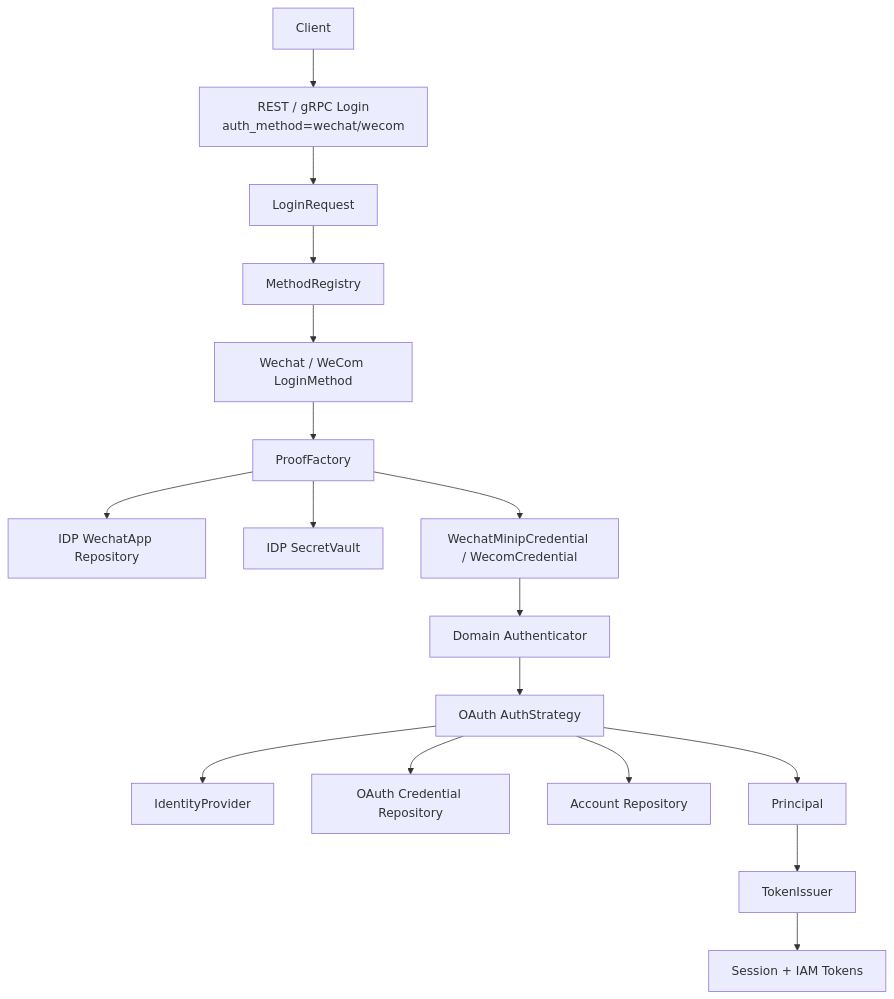
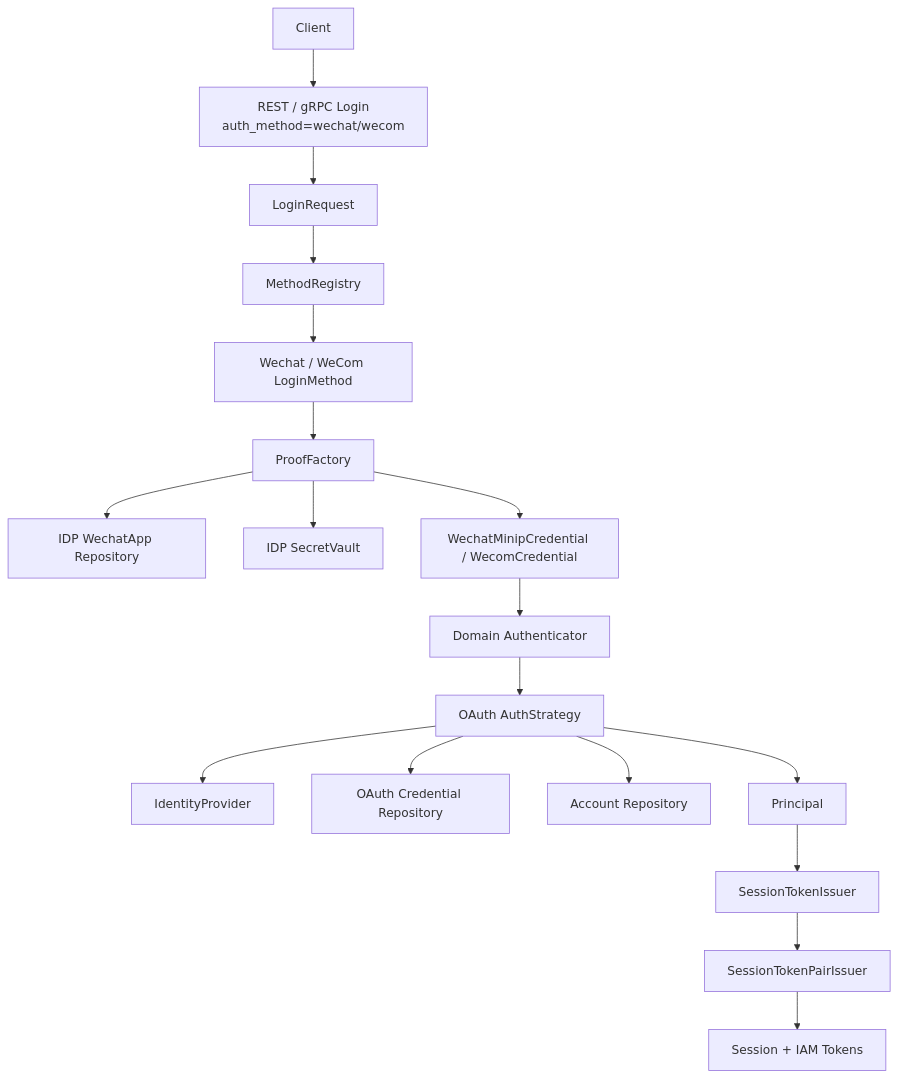
The first of 5 diagrams in docs/02-认证AuthN/04-第三方登录与IDP协作.md (FangcunMount/iam), drawn with Mermaid before and after one commit. The commit also changed other lines of this file and 18 other files, not shown here.

````diff
--- a/docs/02-认证AuthN/04-第三方登录与IDP协作.md
+++ b/docs/02-认证AuthN/04-第三方登录与IDP协作.md
@@ -85,31 +86,32 @@
 ```mermaid
 flowchart TD
     Client["Client"]
     Login["REST / gRPC Login<br/>auth_method=wechat/wecom"]
     LoginRequest["LoginRequest"]
     Registry["MethodRegistry"]
     LoginMethod["Wechat / WeCom LoginMethod"]
     ProofFactory["ProofFactory"]
 
     IDPRepo["IDP WechatApp Repository"]
     Vault["IDP SecretVault"]
     IdentityProvider["IdentityProvider"]
 
     Proof["WechatMinipCredential / WecomCredential"]
     Authenticator["Domain Authenticator"]
     Strategy["OAuth AuthStrategy"]
     CredentialRepo["OAuth Credential Repository"]
     AccountRepo["Account Repository"]
     Principal["Principal"]
-    TokenIssuer["TokenIssuer"]
+    SessionIssuer["SessionTokenIssuer"]
+    PairIssuer["SessionTokenPairIssuer"]
     SessionToken["Session + IAM Tokens"]
 
     Client --> Login --> LoginRequest --> Registry --> LoginMethod --> ProofFactory
     ProofFactory --> IDPRepo
     ProofFactory --> Vault
     ProofFactory --> Proof --> Authenticator --> Strategy
     Strategy --> IdentityProvider
     Strategy --> CredentialRepo
     Strategy --> AccountRepo
-    Strategy --> Principal --> TokenIssuer --> SessionToken
+    Strategy --> Principal --> SessionIssuer --> PairIssuer --> SessionToken
 ```
````
